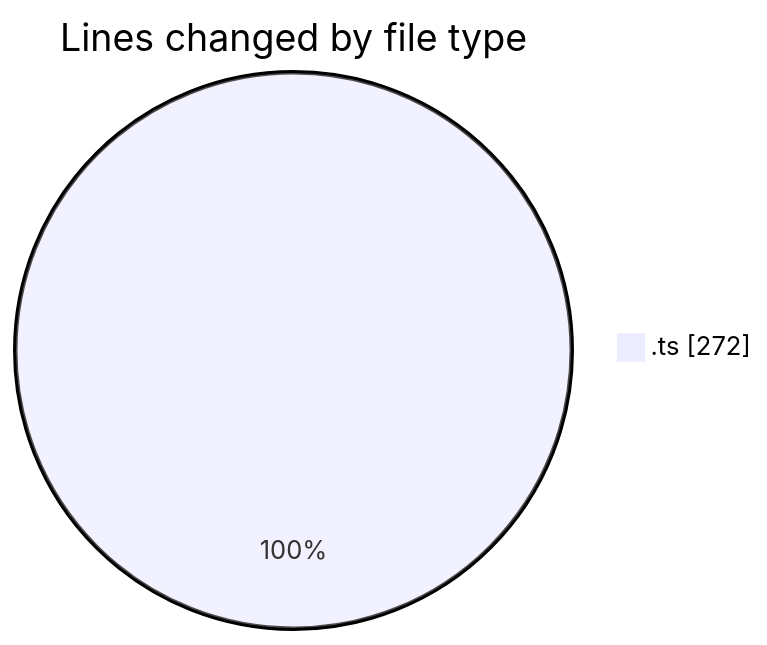
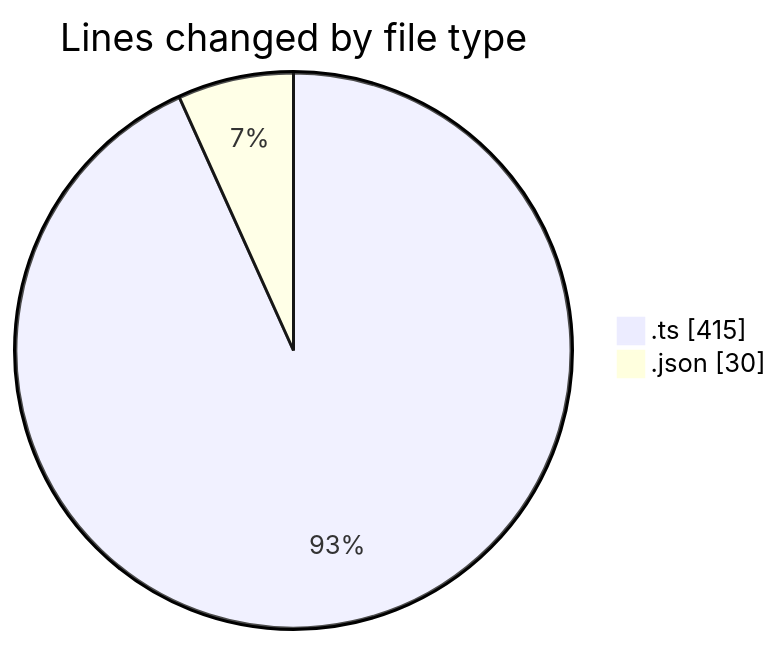
One commit to EIIisD/code-tracking changed the first of 2 diagrams in 2025-08-24/chatgpt-extension/README.md. Above: the diagram before and after it, drawn with Mermaid. The commit also changed other lines of this file and 1 other file, not shown here.

````diff
--- a/2025-08-24/chatgpt-extension/README.md
+++ b/2025-08-24/chatgpt-extension/README.md
@@ -20,5 +21,6 @@
 ```mermaid
 pie showData
 title Lines changed by file type
-".ts" : 272
+".ts" : 415
+".json" : 30
 ```
````
